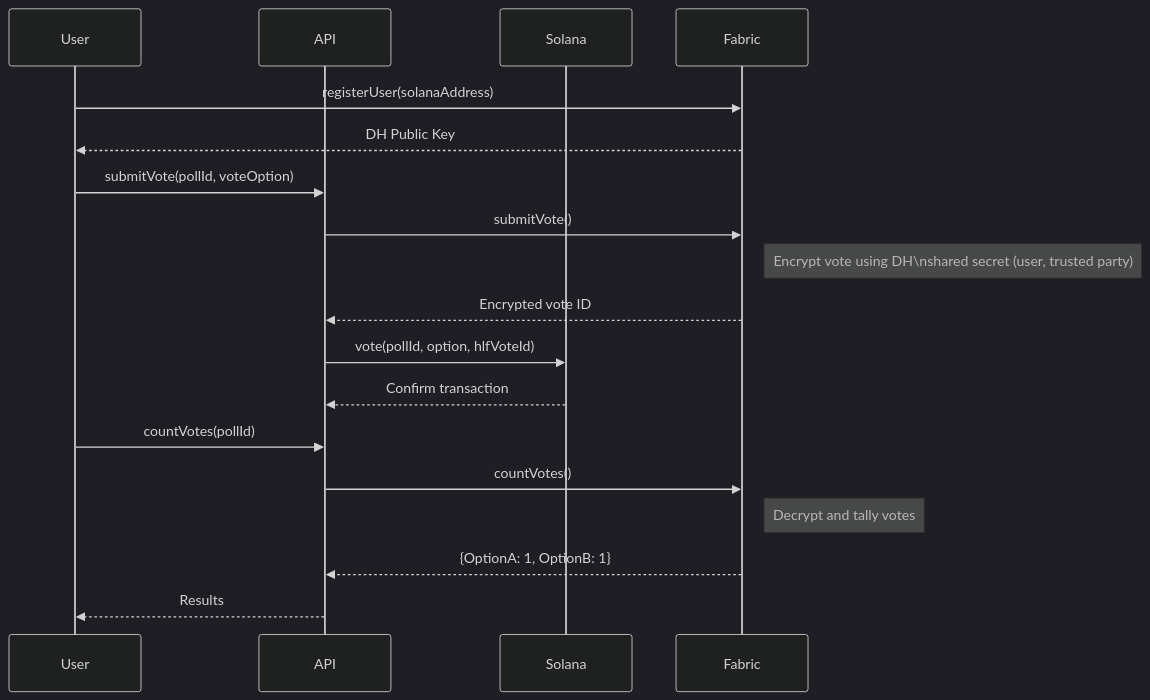
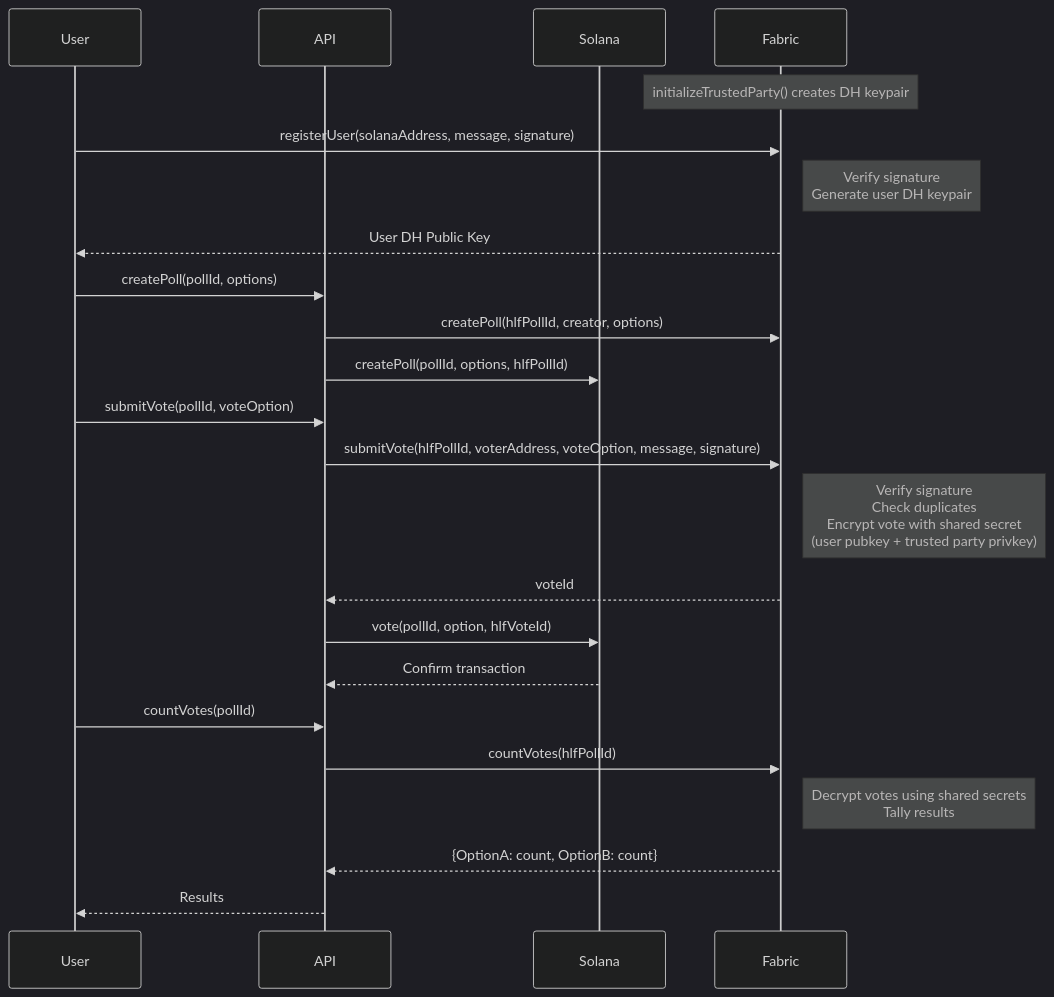
Before and after one commit to navahas/hlf-solana: the diagram in README.md, drawn with Mermaid (dark theme). The commit also changed other lines of this file, not shown here.

Commit message:
chore: enhancement of the architecture section in README.md

`````diff
--- a/README.md
+++ b/README.md
@@ -16,26 +34,30 @@
 ```mermaid
 sequenceDiagram
   participant User
   participant API
   participant Solana
   participant Fabric
-
-  User->>Fabric: registerUser(solanaAddress)
-  Fabric-->>User: DH Public Key
-
+  
+  Note over Fabric: initializeTrustedParty() creates DH keypair
+  
+  User->>Fabric: registerUser(solanaAddress, message, signature)
+  Note right of Fabric: Verify signature<br/>Generate user DH keypair
+  Fabric-->>User: User DH Public Key
+  
+  User->>API: createPoll(pollId, options)
+  API->>Fabric: createPoll(hlfPollId, creator, options)
+  API->>Solana: createPoll(pollId, options, hlfPollId)
+  
   User->>API: submitVote(pollId, voteOption)
-
-  API->>Fabric: submitVote()
-  Note right of Fabric: Encrypt vote using DH\nshared secret (user, trusted party)
-  Fabric-->>API: Encrypted vote ID
-
+  API->>Fabric: submitVote(hlfPollId, voterAddress, voteOption, message, signature)
+  Note right of Fabric: Verify signature<br/>Check duplicates<br/>Encrypt vote with shared secret<br/>(user pubkey + trusted party privkey)
+  Fabric-->>API: voteId
   API->>Solana: vote(pollId, option, hlfVoteId)
   Solana-->>API: Confirm transaction
-
+  
   User->>API: countVotes(pollId)
-  API->>Fabric: countVotes()
-  Note right of Fabric: Decrypt and tally votes
-  Fabric-->>API: {OptionA: 1, OptionB: 1}
-
+  API->>Fabric: countVotes(hlfPollId)
+  Note right of Fabric: Decrypt votes using shared secrets<br/>Tally results
+  Fabric-->>API: {OptionA: count, OptionB: count}
   API-->>User: Results
 ````
`````
